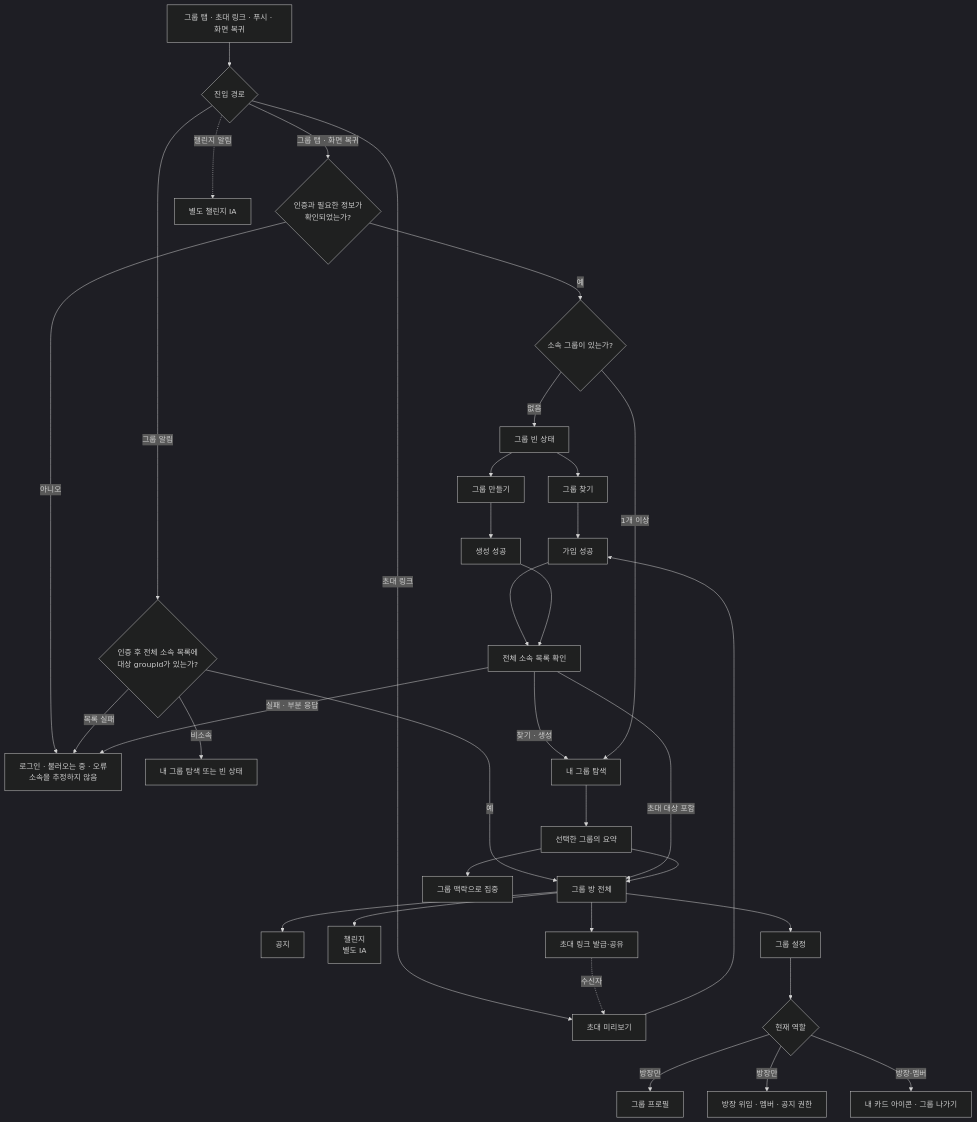
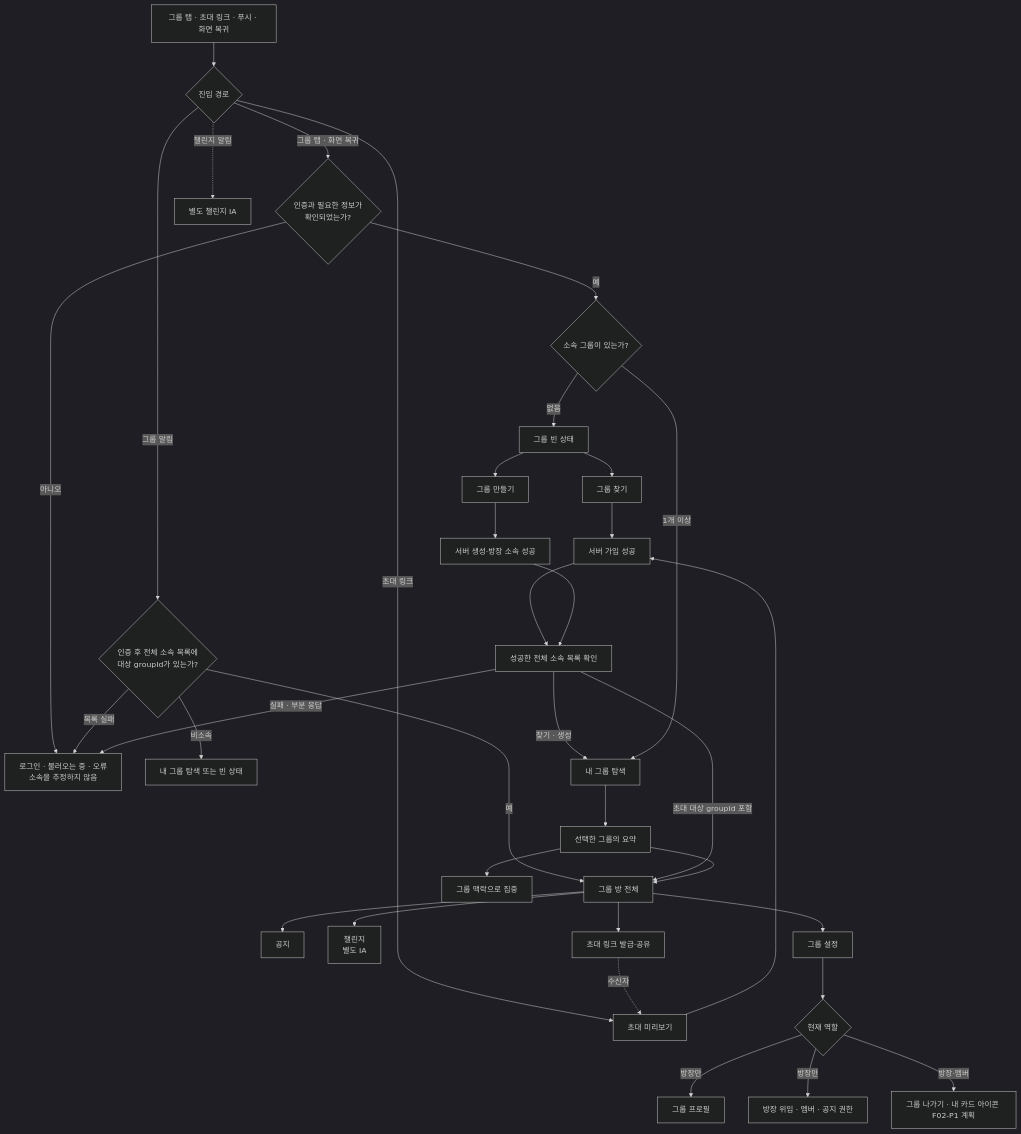
One commit to OneOrThree/phone changed the second of 5 diagrams in docs/prd/group/information-architecture.md. Above: the diagram before and after it, drawn with Mermaid (dark theme). The commit also changed other lines of this file and 21 other files, not shown here.

````diff
--- a/docs/prd/group/information-architecture.md
+++ b/docs/prd/group/information-architecture.md
@@ -46,41 +46,41 @@
 ```mermaid
 flowchart TD
     Entry["그룹 탭 · 초대 링크 · 푸시 · 화면 복귀"] --> Source{"진입 경로"}
     Source -->|그룹 탭 · 화면 복귀| Auth{"인증과 필요한 정보가<br/>확인되었는가?"}
     Auth -->|아니오| Safe["로그인 · 불러오는 중 · 오류<br/>소속을 추정하지 않음"]
     Auth -->|예| Count{"소속 그룹이 있는가?"}
 
     Count -->|없음| Empty["그룹 빈 상태"]
     Empty --> Find["그룹 찾기"]
     Empty --> Create["그룹 만들기"]
     Source -->|초대 링크| Invite["초대 미리보기"]
     Source -->|그룹 알림| Push{"인증 후 전체 소속 목록에<br/>대상 groupId가 있는가?"}
     Push -->|예| Room
     Push -->|비소속| GroupFallback["내 그룹 탐색 또는 빈 상태"]
     Push -->|목록 실패| Safe
     Source -.->|챌린지 알림| ChallengePolicy["별도 챌린지 IA"]
 
-    Find --> Acquire["가입 성공"]
-    Invite --> Acquire
-    Create --> Created["생성 성공"]
-    Acquire --> Refresh["전체 소속 목록 확인"]
+    Find --> Join["서버 가입 성공"]
+    Invite --> Join
+    Create --> Created["서버 생성·방장 소속 성공"]
+    Join --> Refresh["성공한 전체 소속 목록 확인"]
     Created --> Refresh
     Refresh -->|"찾기 · 생성"| MyGroups
-    Refresh -->|"초대 대상 포함"| Room
+    Refresh -->|"초대 대상 groupId 포함"| Room
     Refresh -->|"실패 · 부분 응답"| Safe
 
     Count -->|1개 이상| MyGroups["내 그룹 탐색"]
     MyGroups --> Summary["선택한 그룹의 요약"]
     Summary --> Focus["그룹 맥락으로 집중"]
     Summary --> Room["그룹 방 전체"]
 
     Room --> Notice["공지"]
     Room --> Challenge["챌린지<br/>별도 IA"]
     Room --> Share["초대 링크 발급·공유"]
     Share -.->|수신자| Invite
     Room --> Settings["그룹 설정"]
     Settings --> Role{"현재 역할"}
     Role -->|방장만| Profile["그룹 프로필"]
     Role -->|방장만| Members["방장 위임 · 멤버 · 공지 권한"]
-    Role -->|방장·멤버| Personal["내 카드 아이콘 · 그룹 나가기"]
+    Role -->|방장·멤버| Personal["그룹 나가기 · 내 카드 아이콘 F02-P1 계획"]
 ```
````
